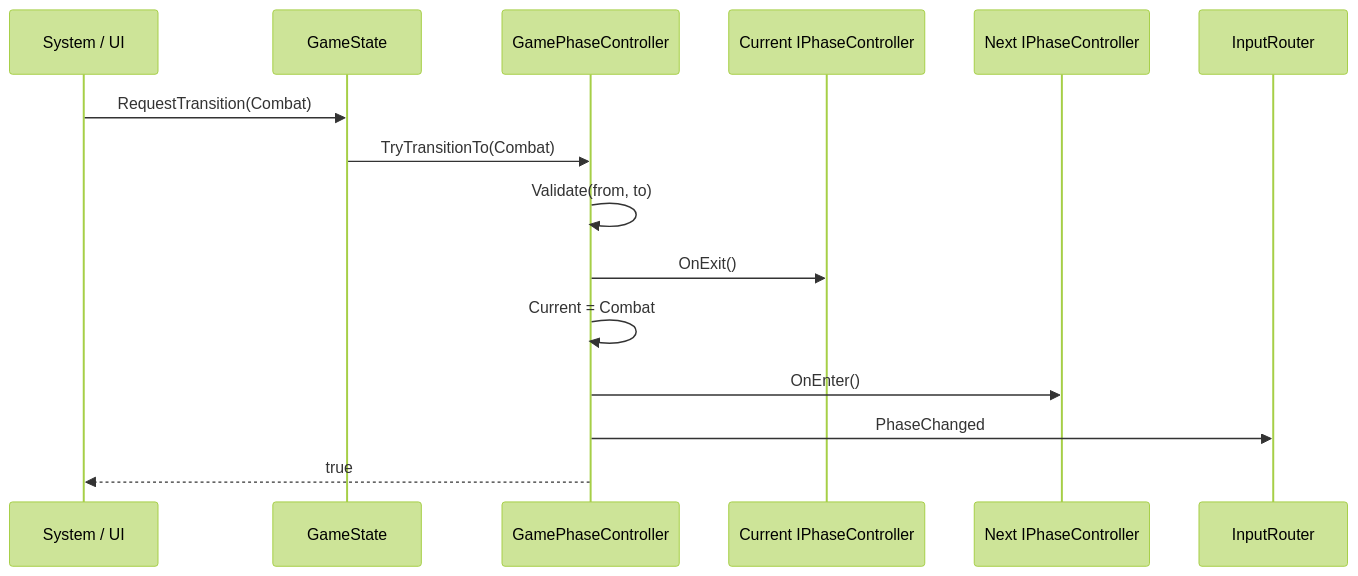
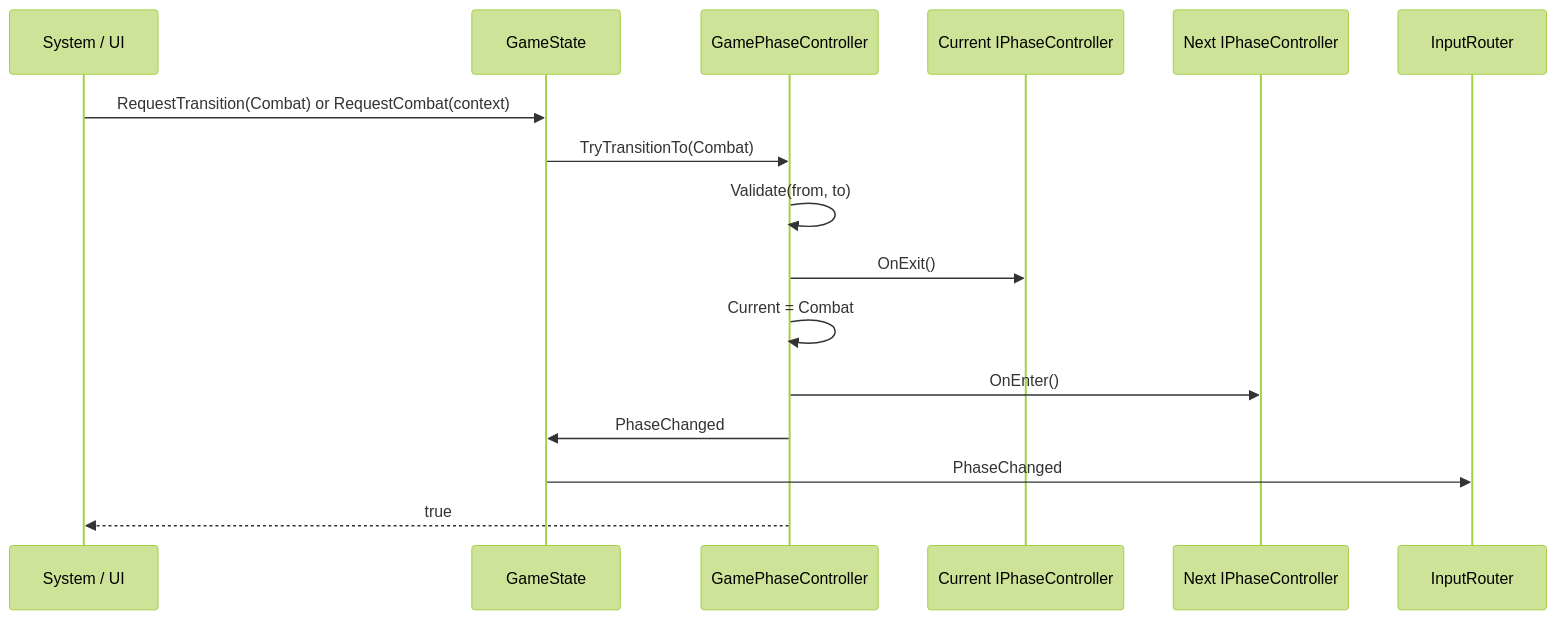
One commit to miramocha/griddungeon-design-docs changed the fourth of 6 diagrams in docs/02-systems/game-phase.md. Above: the diagram before and after it, drawn with Mermaid (forest theme). The commit also changed other lines of this file, not shown here.

First line of the commit message:
Docs: align game-phase.md with griddungeon-game implementation.

````diff
--- a/docs/02-systems/game-phase.md
+++ b/docs/02-systems/game-phase.md
@@ -133,18 +139,19 @@
 ```mermaid
 sequenceDiagram
   participant Caller as System / UI
   participant GS as GameState
   participant GPC as GamePhaseController
   participant Old as Current IPhaseController
   participant New as Next IPhaseController
   participant IR as InputRouter
 
-  Caller->>GS: RequestTransition(Combat)
+  Caller->>GS: RequestTransition(Combat) or RequestCombat(context)
   GS->>GPC: TryTransitionTo(Combat)
   GPC->>GPC: Validate(from, to)
   GPC->>Old: OnExit()
   GPC->>GPC: Current = Combat
   GPC->>New: OnEnter()
-  GPC->>IR: PhaseChanged
+  GPC->>GS: PhaseChanged
+  GS->>IR: PhaseChanged
   GPC-->>Caller: true
 ```
````
